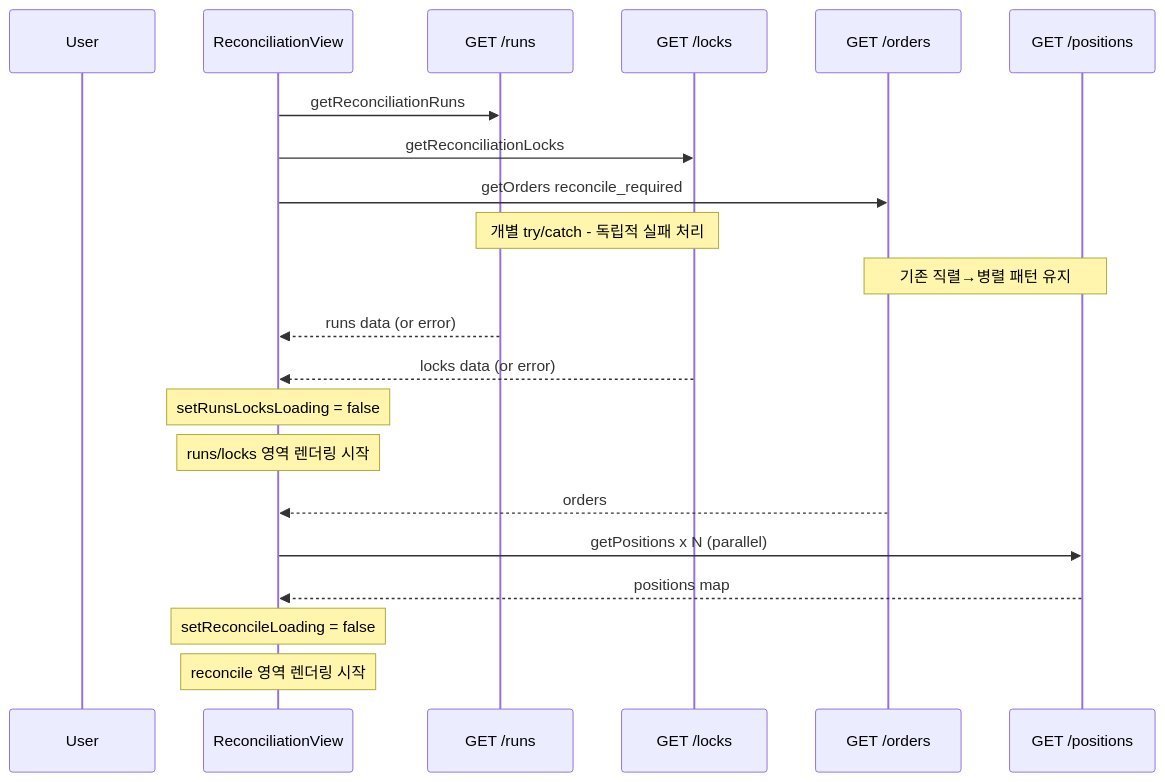
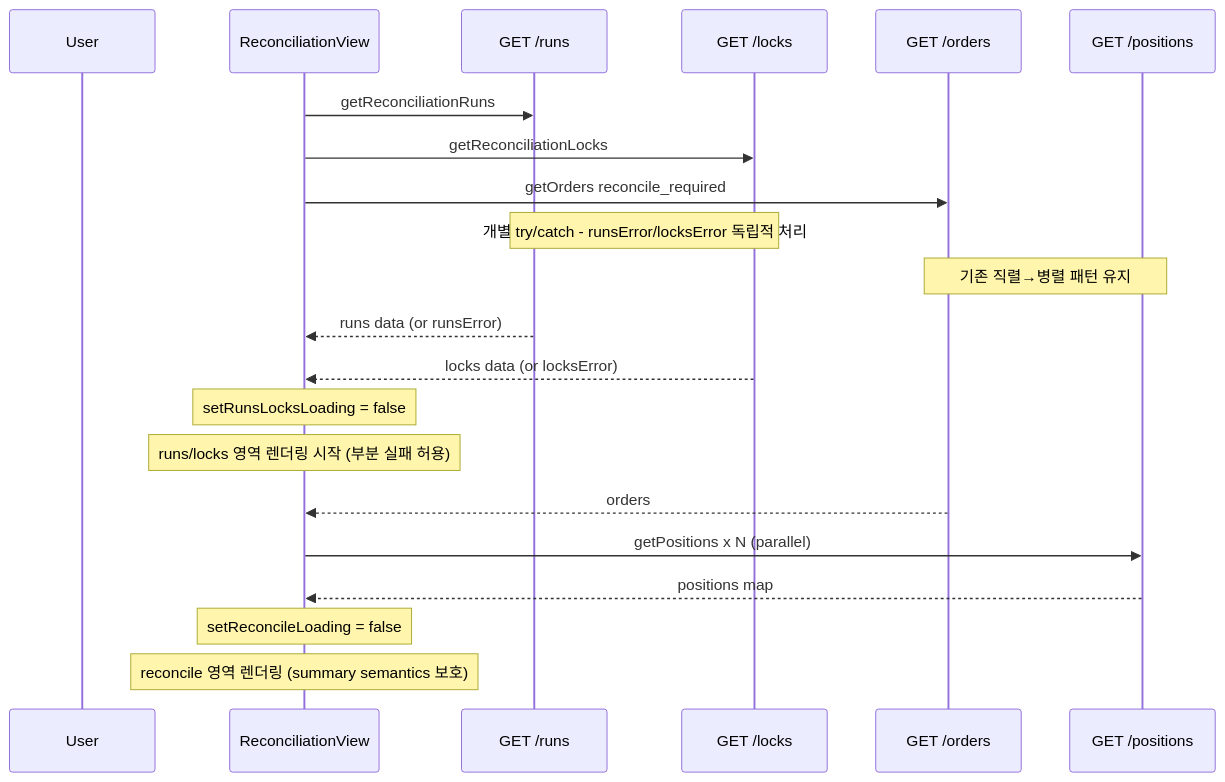
One commit to BenJLeeKR/trading_agent changed the diagram in plans/reconciliation_view_loading_diagnostics_and_improvement_2026-05-17.md. Above: the diagram before and after it, drawn with Mermaid. The commit also changed other lines of this file and 39 other files, not shown here.

````diff
--- a/plans/reconciliation_view_loading_diagnostics_and_improvement_2026-05-17.md
+++ b/plans/reconciliation_view_loading_diagnostics_and_improvement_2026-05-17.md
@@ -445,27 +475,27 @@
 ```mermaid
 sequenceDiagram
     participant User
     participant Component as ReconciliationView
     participant API1 as GET /runs
     participant API2 as GET /locks
     participant API3 as GET /orders
     participant API4 as GET /positions
 
     Component->>API1: getReconciliationRuns
     Component->>API2: getReconciliationLocks
     Component->>API3: getOrders reconcile_required
-    
-    Note over API1,API2: 개별 try/catch - 독립적 실패 처리
+
+    Note over API1,API2: 개별 try/catch - runsError/locksError 독립적 처리
     Note over API3,API4: 기존 직렬→병렬 패턴 유지
 
-    API1-->>Component: runs data (or error)
-    API2-->>Component: locks data (or error)
+    API1-->>Component: runs data (or runsError)
+    API2-->>Component: locks data (or locksError)
     Note over Component: setRunsLocksLoading = false
-    Note over Component: runs/locks 영역 렌더링 시작
+    Note over Component: runs/locks 영역 렌더링 시작 (부분 실패 허용)
 
     API3-->>Component: orders
     Component->>API4: getPositions x N (parallel)
     API4-->>Component: positions map
     Note over Component: setReconcileLoading = false
-    Note over Component: reconcile 영역 렌더링 시작
+    Note over Component: reconcile 영역 렌더링 (summary semantics 보호)
 ```
````
